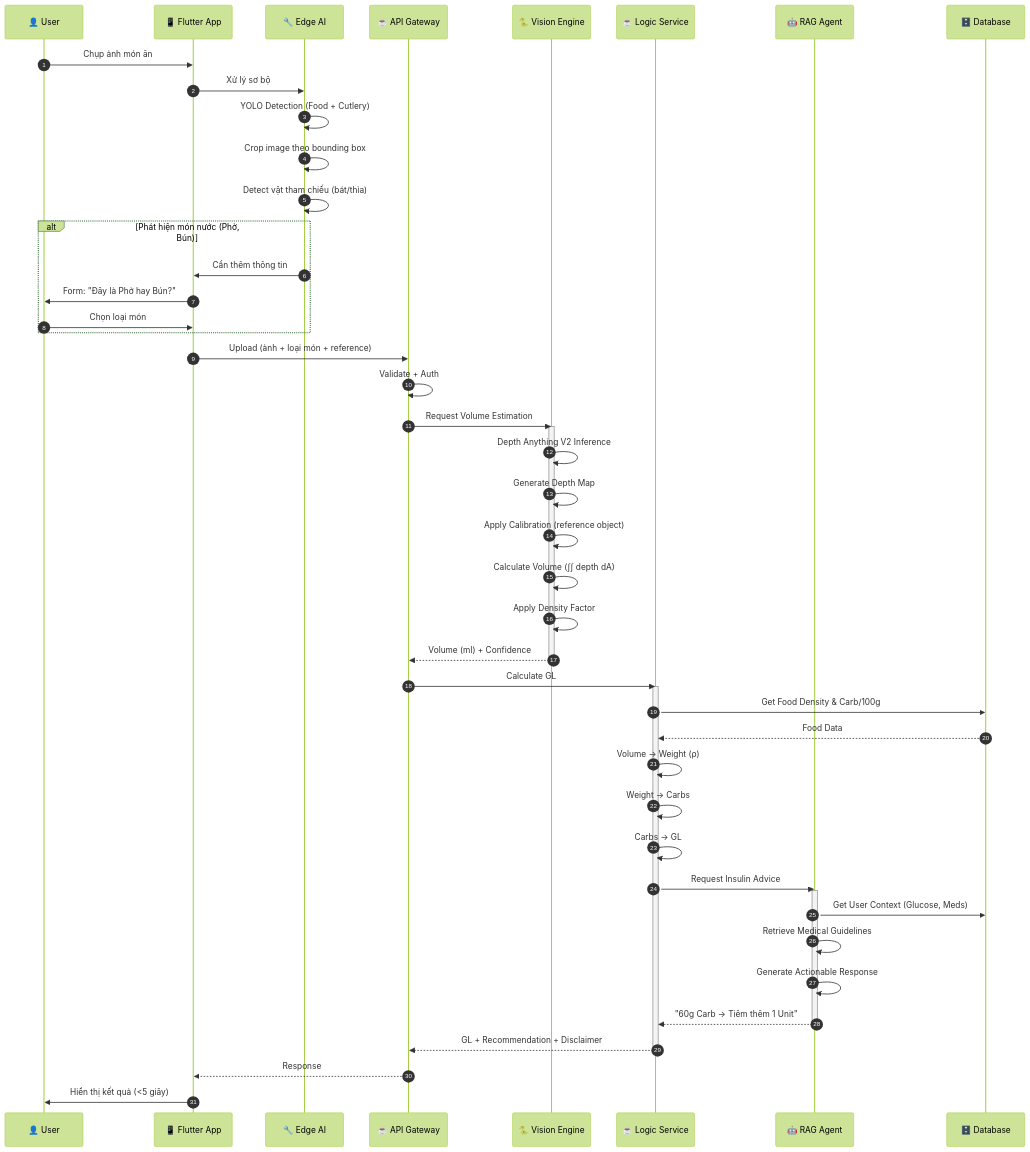
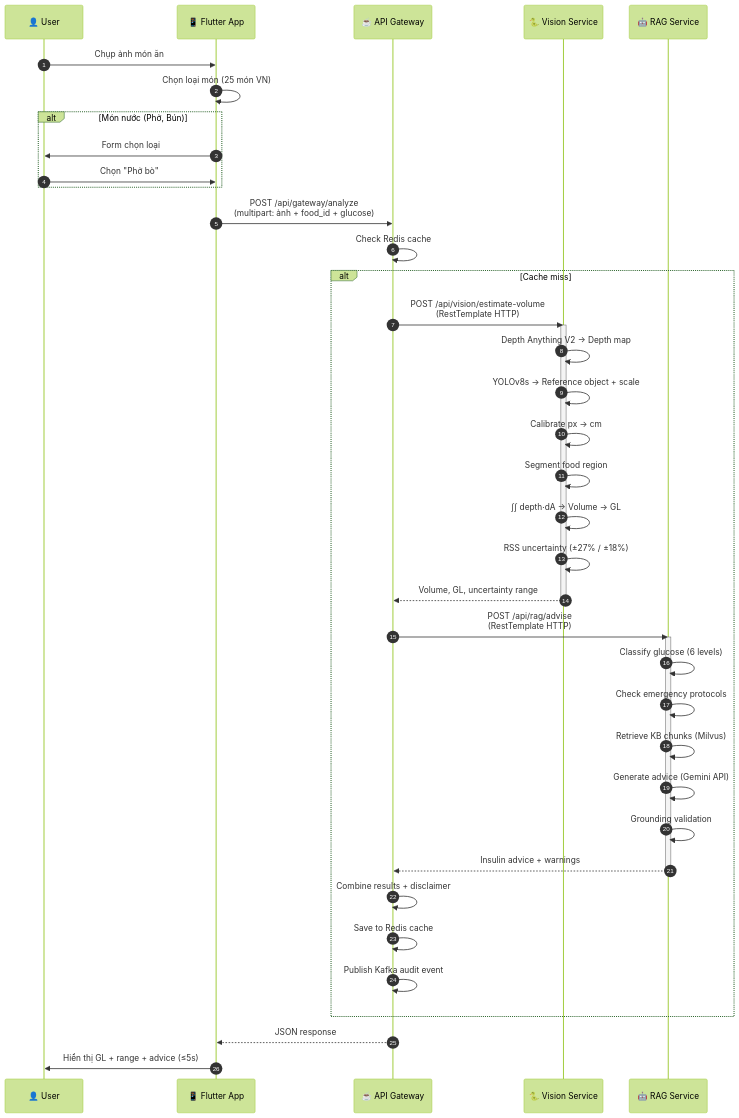
Before and after one commit to EurusDevSec/InSight: the third of 6 diagrams in docs/architecture.md, drawn with Mermaid (forest theme). The commit also changed other lines of this file and 8 other files, not shown here.

Commit message:
docs: add comprehensive system architecture and project documentation

````diff
--- a/docs/architecture.md
+++ b/docs/architecture.md
@@ -123,60 +124,52 @@
 ```mermaid
 sequenceDiagram
     autonumber
     participant User as 👤 User
     participant App as 📱 Flutter App
-    participant Edge as 🔧 Edge AI
     participant Gateway as ☕ API Gateway
-    participant Vision as 🐍 Vision Engine
-    participant Logic as ☕ Logic Service
-    participant RAG as 🤖 RAG Agent
-    participant DB as 🗄️ Database
+    participant Vision as 🐍 Vision Service
+    participant RAG as 🤖 RAG Service
 
     User->>App: Chụp ảnh món ăn
-    App->>Edge: Xử lý sơ bộ
+    App->>App: Chọn loại món (25 món VN)
 
-    Edge->>Edge: YOLO Detection (Food + Cutlery)
-    Edge->>Edge: Crop image theo bounding box
-    Edge->>Edge: Detect vật tham chiếu (bát/thìa)
-
-    alt Phát hiện món nước (Phở, Bún)
-        Edge->>App: Cần thêm thông tin
-        App->>User: Form: "Đây là Phở hay Bún?"
-        User->>App: Chọn loại món
+    alt Món nước (Phở, Bún)
+        App->>User: Form chọn loại
+        User->>App: Chọn "Phở bò"
     end
 
-    App->>Gateway: Upload (ảnh + loại món + reference)
-    Gateway->>Gateway: Validate + Auth
-    Gateway->>Vision: Request Volume Estimation
+    App->>Gateway: POST /api/gateway/analyze<br/>(multipart: ảnh + food_id + glucose)
+    Gateway->>Gateway: Check Redis cache
 
-    activate Vision
-    Vision->>Vision: Depth Anything V2 Inference
-    Vision->>Vision: Generate Depth Map
-    Vision->>Vision: Apply Calibration (reference object)
-    Vision->>Vision: Calculate Volume (∫∫ depth dA)
-    Vision->>Vision: Apply Density Factor
-    Vision-->>Gateway: Volume (ml) + Confidence
-    deactivate Vision
+    alt Cache miss
+        Gateway->>Vision: POST /api/vision/estimate-volume<br/>(RestTemplate HTTP)
 
-    Gateway->>Logic: Calculate GL
-    activate Logic
-    Logic->>DB: Get Food Density & Carb/100g
-    DB-->>Logic: Food Data
-    Logic->>Logic: Volume → Weight (ρ)
-    Logic->>Logic: Weight → Carbs
-    Logic->>Logic: Carbs → GL
+        activate Vision
+        Vision->>Vision: Depth Anything V2 → Depth map
+        Vision->>Vision: YOLOv8s → Reference object + scale
+        Vision->>Vision: Calibrate px → cm
+        Vision->>Vision: Segment food region
+        Vision->>Vision: ∫∫ depth·dA → Volume → GL
+        Vision->>Vision: RSS uncertainty (±27% / ±18%)
+        Vision-->>Gateway: Volume, GL, uncertainty range
+        deactivate Vision
 
-    Logic->>RAG: Request Insulin Advice
-    activate RAG
-    RAG->>DB: Get User Context (Glucose, Meds)
-    RAG->>RAG: Retrieve Medical Guidelines
-    RAG->>RAG: Generate Actionable Response
-    RAG-->>Logic: "60g Carb → Tiêm thêm 1 Unit"
-    deactivate RAG
+        Gateway->>RAG: POST /api/rag/advise<br/>(RestTemplate HTTP)
 
-    Logic-->>Gateway: GL + Recommendation + Disclaimer
-    deactivate Logic
+        activate RAG
+        RAG->>RAG: Classify glucose (6 levels)
+        RAG->>RAG: Check emergency protocols
+        RAG->>RAG: Retrieve KB chunks (Milvus)
+        RAG->>RAG: Generate advice (Gemini API)
+        RAG->>RAG: Grounding validation
+        RAG-->>Gateway: Insulin advice + warnings
+        deactivate RAG
 
-    Gateway-->>App: Response
-    App->>User: Hiển thị kết quả (<5 giây)
+        Gateway->>Gateway: Combine results + disclaimer
+        Gateway->>Gateway: Save to Redis cache
+        Gateway->>Gateway: Publish Kafka audit event
+    end
+
+    Gateway-->>App: JSON response
+    App->>User: Hiển thị GL + range + advice (≤5s)
 ```
````
